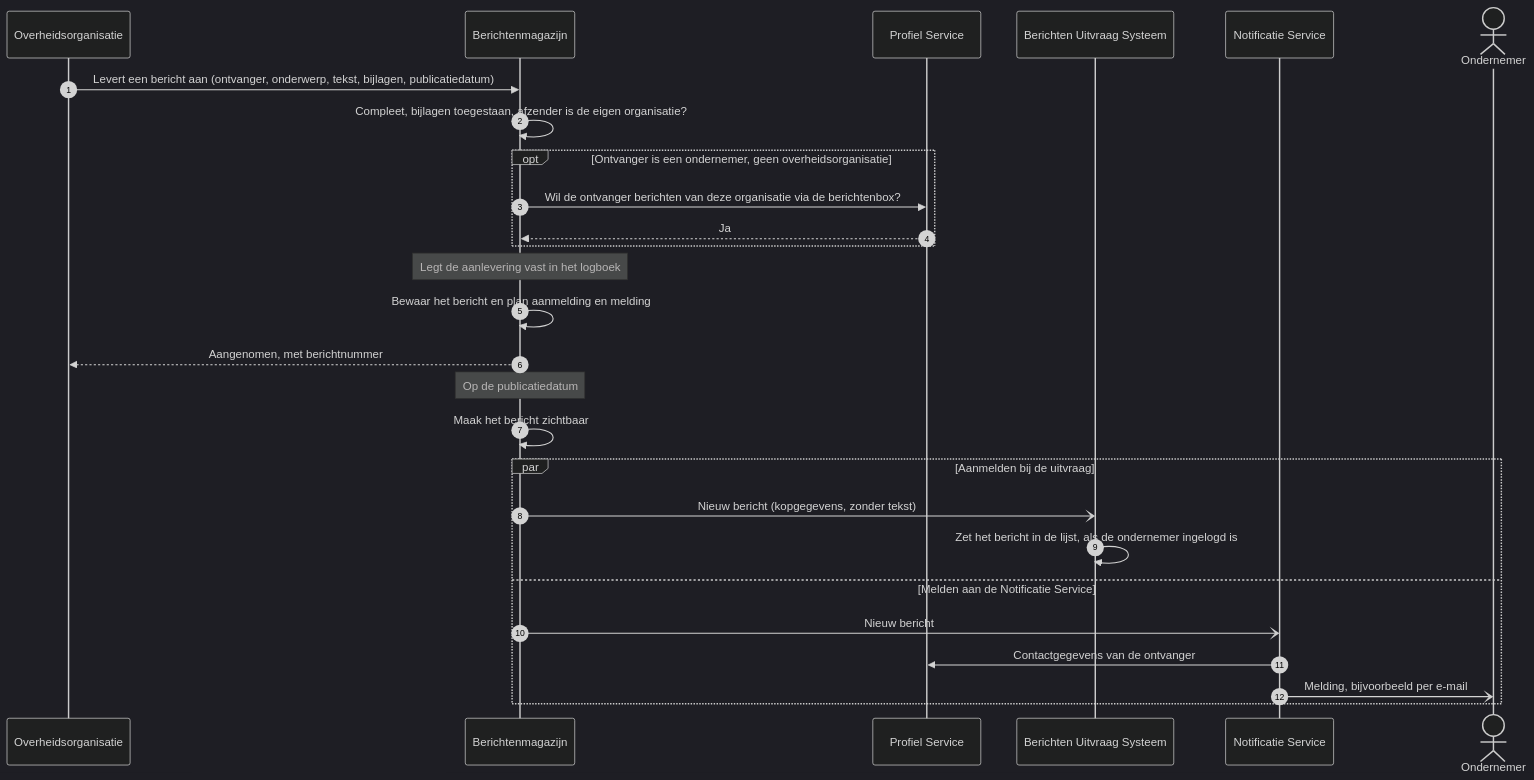
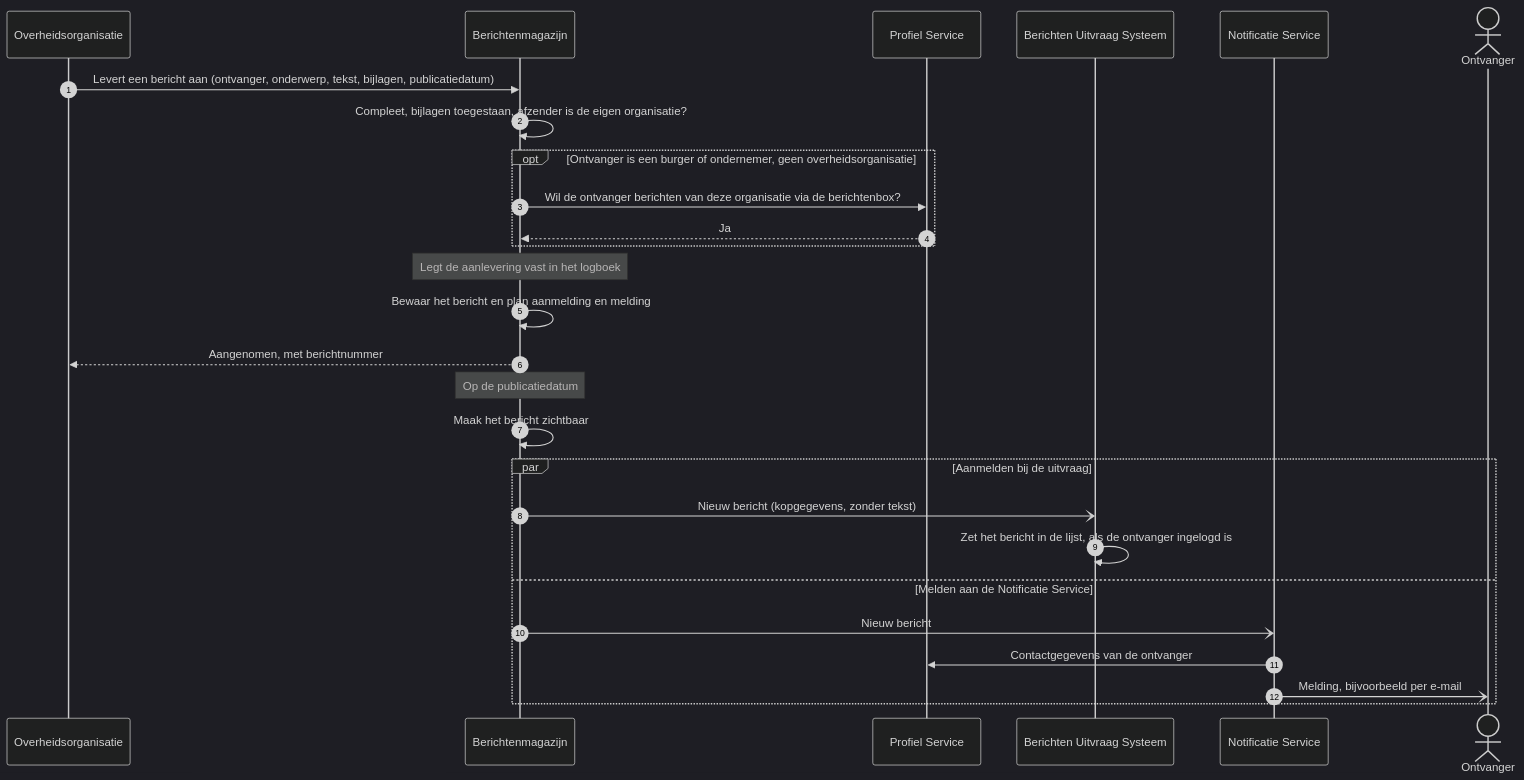
One commit to MinBZK/moza-poc-fbs-berichtenbox changed the diagram in docs/architecture/workspace-docs/05-uc1-bericht-aanleveren.md. Above: the diagram before and after it, drawn with Mermaid (dark theme). The commit also changed other lines of this file and 15 other files, not shown here.

First line of the commit message:
docs(architectuur): use cases generiek voor burgers en ondernemers

````diff
--- a/docs/architecture/workspace-docs/05-uc1-bericht-aanleveren.md
+++ b/docs/architecture/workspace-docs/05-uc1-bericht-aanleveren.md
@@ -36,31 +36,31 @@
 ```mermaid
 sequenceDiagram
     autonumber
     participant ORG as Overheidsorganisatie
     participant MAG as Berichtenmagazijn
     participant PRO as Profiel Service
     participant FBS as Berichten Uitvraag Systeem
     participant NOT as Notificatie Service
-    actor OND as Ondernemer
+    actor ONT as Ontvanger
 
     ORG->>MAG: Levert een bericht aan (ontvanger, onderwerp, tekst, bijlagen, publicatiedatum)
     MAG->>MAG: Compleet, bijlagen toegestaan, afzender is de eigen organisatie?
-    opt Ontvanger is een ondernemer, geen overheidsorganisatie
+    opt Ontvanger is een burger of ondernemer, geen overheidsorganisatie
         MAG->>PRO: Wil de ontvanger berichten van deze organisatie via de berichtenbox?
         PRO-->>MAG: Ja
     end
     Note over MAG: Legt de aanlevering vast in het logboek
     MAG->>MAG: Bewaar het bericht en plan aanmelding en melding
     MAG-->>ORG: Aangenomen, met berichtnummer
 
     Note over MAG: Op de publicatiedatum
     MAG->>MAG: Maak het bericht zichtbaar
     par Aanmelden bij de uitvraag
         MAG-)FBS: Nieuw bericht (kopgegevens, zonder tekst)
-        FBS->>FBS: Zet het bericht in de lijst, als de ondernemer ingelogd is
+        FBS->>FBS: Zet het bericht in de lijst, als de ontvanger ingelogd is
     and Melden aan de Notificatie Service
         MAG-)NOT: Nieuw bericht
         NOT->>PRO: Contactgegevens van de ontvanger
-        NOT-)OND: Melding, bijvoorbeeld per e-mail
+        NOT-)ONT: Melding, bijvoorbeeld per e-mail
     end
 ```
````
